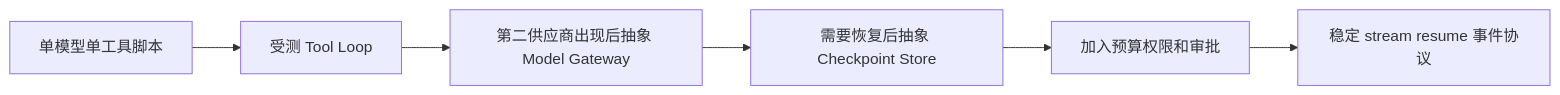
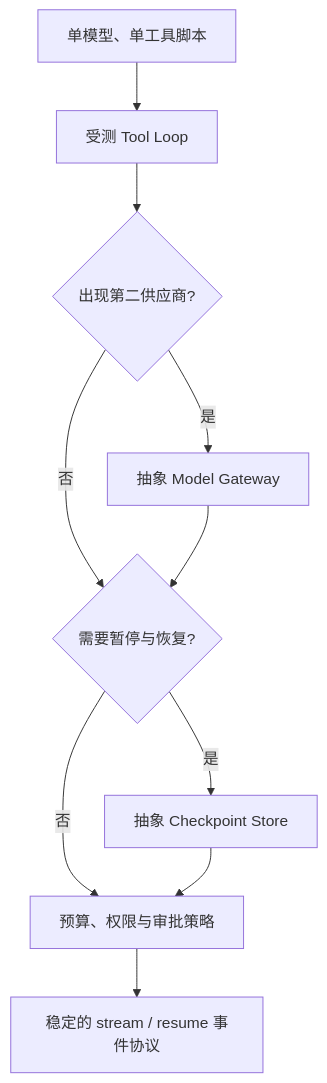
The third of 6 diagrams in docs/part-04-frameworks/ch17-native-api.md (wujinjun/ai-agent-book), drawn with Mermaid before and after one commit. The commit also changed other lines of this file and 536 other files, not shown here.

````diff
--- a/docs/part-04-frameworks/ch17-native-api.md
+++ b/docs/part-04-frameworks/ch17-native-api.md
@@ -51,11 +55,15 @@
 ```mermaid
 %% id: native-runtime-evolution-path
 %% title: 从脚本到轻量 Runtime 的演进路径
 %% alt: 单工具脚本随着第二供应商持久状态审批和并发需求逐步抽象网关存储策略与事件协议
-flowchart LR
-    Script[单模型单工具脚本] --> Loop[受测 Tool Loop]
-    Loop --> Gateway[第二供应商出现后抽象 Model Gateway]
-    Gateway --> Store[需要恢复后抽象 Checkpoint Store]
-    Store --> Policy[加入预算权限和审批]
-    Policy --> Events[稳定 stream resume 事件协议]
+flowchart TB
+    Script["单模型、单工具脚本"] --> Loop["受测 Tool Loop"]
+    Loop --> Trigger1{"出现第二供应商?"}
+    Trigger1 -->|是| Gateway["抽象 Model Gateway"]
+    Trigger1 -->|否| Trigger2
+    Gateway --> Trigger2{"需要暂停与恢复?"}
+    Trigger2 -->|是| Store["抽象 Checkpoint Store"]
+    Trigger2 -->|否| Policy
+    Store --> Policy["预算、权限与审批策略"]
+    Policy --> Events["稳定的 stream / resume 事件协议"]
 ```
````
